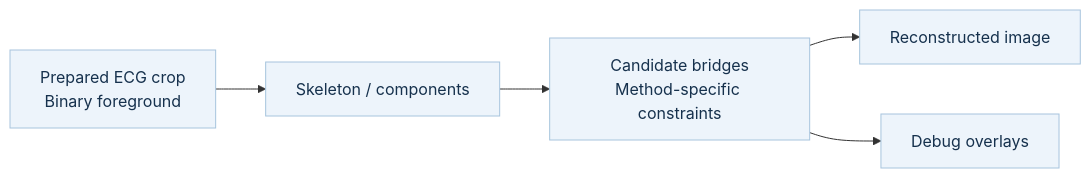
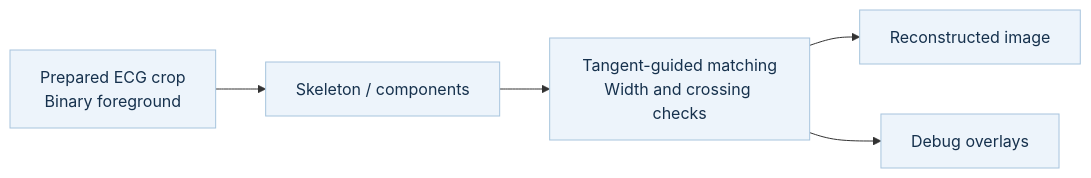
The diagram in README.md (niccChen/digitize-ekg), drawn with Mermaid before and after one commit. The commit also changed other lines of this file and 20 other files, not shown here.

````diff
--- a/README.md
+++ b/README.md
@@ -61,9 +69,9 @@
 ```mermaid
 flowchart LR
     A["Prepared ECG crop<br/>Binary foreground"] --> B["Skeleton / components"]
-    B --> C["Candidate bridges<br/>Method-specific constraints"]
+    B --> C["Tangent-guided matching<br/>Width and crossing checks"]
     C --> D["Reconstructed image"]
     C --> E["Debug overlays"]
     classDef stage fill:#edf4fb,stroke:#a7c4dd,color:#16314d;
     class A,B,C,D,E stage;
 ```
````
